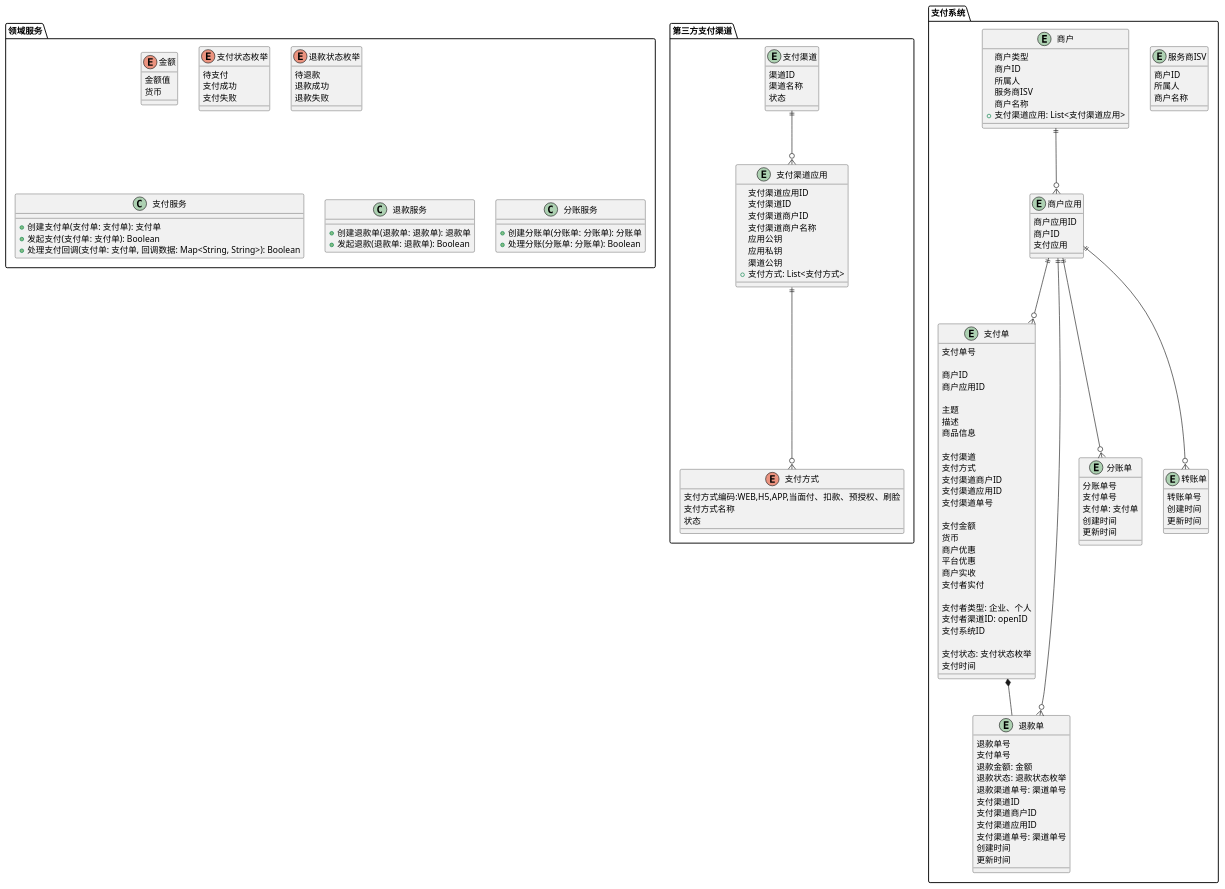
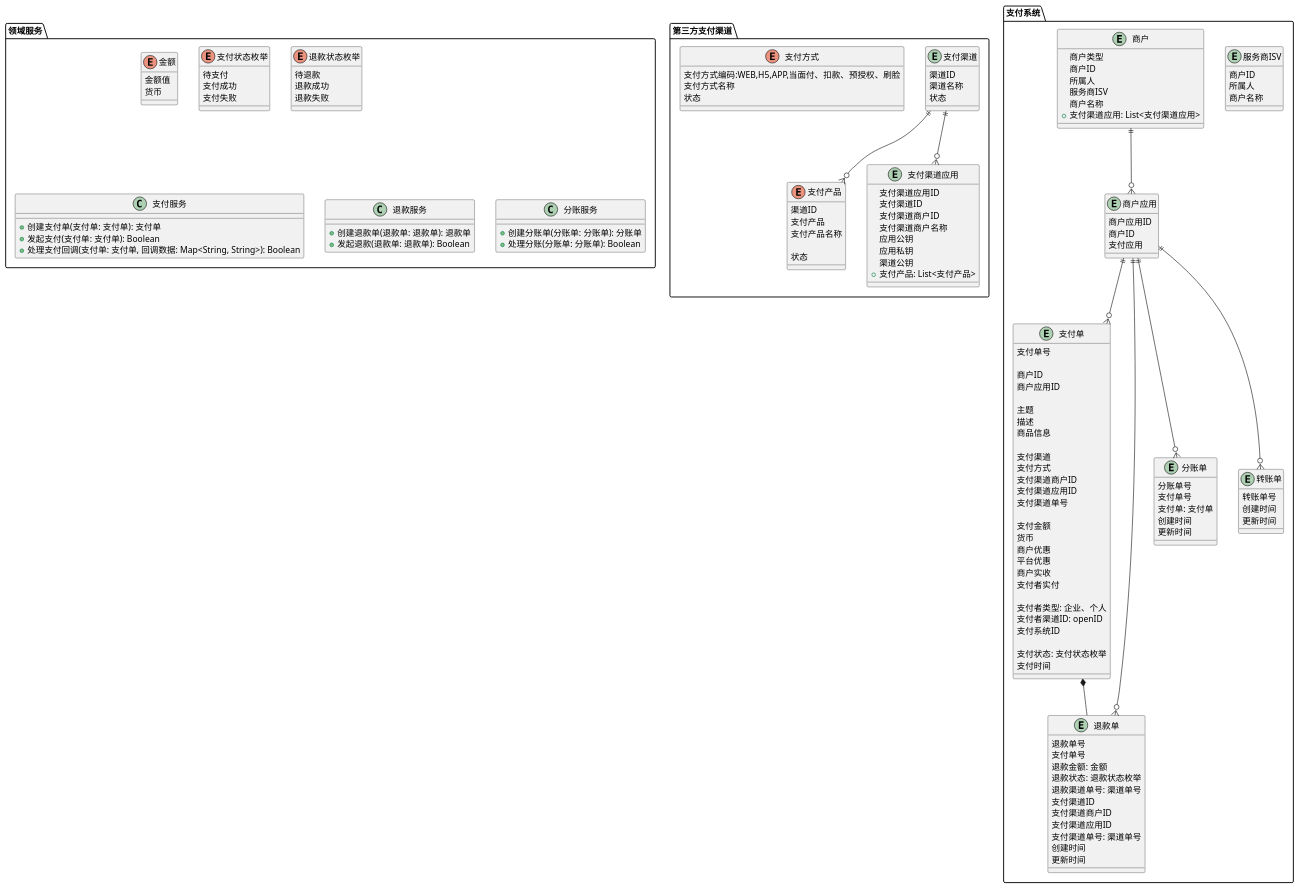
One commit to red-jasmine/payment changed the diagram in 领域模型.puml. Above: the diagram before and after it, drawn with PlantUML. The commit also changed 23 other files, not shown here.

```diff
--- a/领域模型.puml
+++ b/领域模型.puml
@@ -1,167 +1,177 @@
 @startuml
 'https://plantuml.com/class-diagram
 
 package 第三方支付渠道{
-    enum 支付方式{
-        支付方式编码:WEB,H5,APP,当面付、扣款、预授权、刷脸
-        支付方式名称
-        状态
-    }
 
     entity 支付渠道{
         渠道ID
         渠道名称
         状态
     }
 
+    enum 支付产品{
+            渠道ID
+            支付产品
+            支付产品名称
+
+            状态
+        }
+    enum 支付方式{
+        支付方式编码:WEB,H5,APP,当面付、扣款、预授权、刷脸
+        支付方式名称
+        状态
+    }
 
     entity 支付渠道应用{
         支付渠道应用ID
         支付渠道ID
         支付渠道商户ID
         支付渠道商户名称
         应用公钥
         应用私钥
         渠道公钥
-        +支付方式: List<支付方式>
+        +支付产品: List<支付产品>
     }
+
+    支付渠道 ||--o{ 支付产品
+    支付渠道 ||--o{ 支付渠道应用
 }
 
 package 支付系统{
    entity 服务商ISV{
         商户ID
         所属人
         商户名称
     }
 
     entity 商户{
         商户类型
         商户ID
         所属人
         服务商ISV
         商户名称
         +支付渠道应用: List<支付渠道应用>
     }
 
     entity 商户应用{
         商户应用ID
         商户ID
         支付应用
 
     }
 
     entity 支付单{
         支付单号
 
         '商户
         商户ID
         商户应用ID
 
         主题
         描述
         商品信息
 
         '支付渠道
         支付渠道
         支付方式
         支付渠道商户ID
         支付渠道应用ID
         支付渠道单号
 
         ' 金额
         支付金额
         货币
         商户优惠
         平台优惠
         商户实收
         支付者实付
 
         ' 支付者
         支付者类型: 企业、个人
         支付者渠道ID: openID
         支付系统ID
 
         支付状态: 支付状态枚举
         支付时间
 
     }
 
     entity 退款单{
         退款单号
         支付单号
         退款金额: 金额
         退款状态: 退款状态枚举
         退款渠道单号: 渠道单号
         支付渠道ID
         支付渠道商户ID
         支付渠道应用ID
         支付渠道单号: 渠道单号
         创建时间
         更新时间
     }
 
     entity 分账单{
         分账单号
         支付单号
         支付单: 支付单
         创建时间
         更新时间
     }
 
     entity 转账单{
         转账单号
         创建时间
         更新时间
     }
 
     商户应用 ||--o{ 支付单
     商户应用 ||--o{ 转账单
     商户应用 ||--o{ 退款单
     商户应用 ||--o{ 分账单
 
     支付单 *-- 退款单
 
     商户 ||--o{ 商户应用
 
-    支付渠道 ||--o{ 支付渠道应用
 
-    支付渠道应用 ||--o{ 支付方式
+
+
 }
 
 package 领域服务{
 
     enum 金额 {
         金额值
         货币
     }
 
 
     enum 支付状态枚举 {
         待支付
         支付成功
         支付失败
     }
 
     enum 退款状态枚举 {
         待退款
         退款成功
         退款失败
     }
 
     class 支付服务 {
         +创建支付单(支付单: 支付单): 支付单
         +发起支付(支付单: 支付单): Boolean
         +处理支付回调(支付单: 支付单, 回调数据: Map<String, String>): Boolean
     }
 
     class 退款服务 {
         +创建退款单(退款单: 退款单): 退款单
         +发起退款(退款单: 退款单): Boolean
     }
 
     class 分账服务 {
         +创建分账单(分账单: 分账单): 分账单
         +处理分账(分账单: 分账单): Boolean
     }
 }
 @enduml
```
